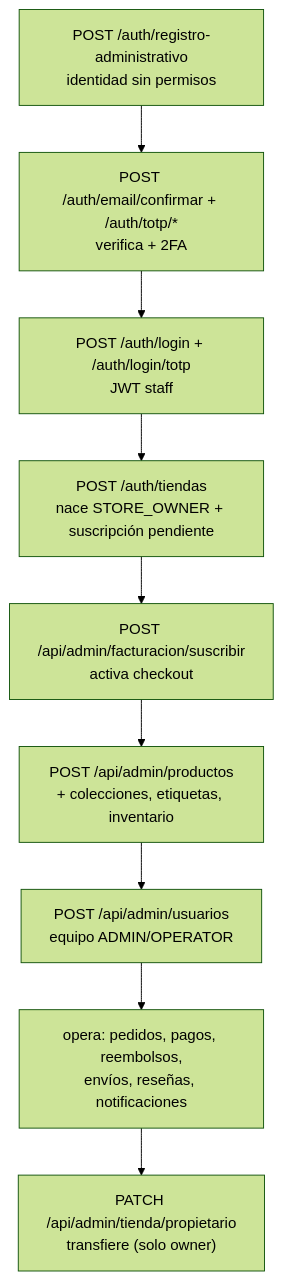
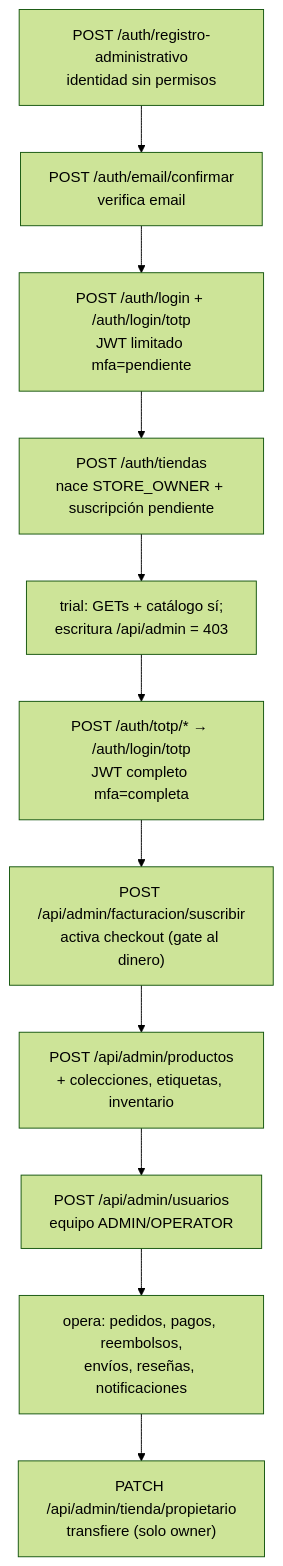
One commit to LeandroPacsiM/shopify-backend changed the first of 4 diagrams in diagramas/13-flujos-por-rol.md. Above: the diagram before and after it, drawn with Mermaid (forest theme). The commit also changed other lines of this file and 11 other files, not shown here.

````diff
--- a/diagramas/13-flujos-por-rol.md
+++ b/diagramas/13-flujos-por-rol.md
@@ -8,12 +8,14 @@
 ```mermaid
 flowchart TD
     R["POST /auth/registro-administrativo<br/>identidad sin permisos"]
-    R --> V["POST /auth/email/confirmar + /auth/totp/*<br/>verifica + 2FA"]
-    V --> L["POST /auth/login + /auth/login/totp<br/>JWT staff"]
+    R --> V["POST /auth/email/confirmar<br/>verifica email"]
+    V --> L["POST /auth/login + /auth/login/totp<br/>JWT limitado mfa=pendiente"]
     L --> T["POST /auth/tiendas<br/>nace STORE_OWNER + suscripción pendiente"]
-    T --> F["POST /api/admin/facturacion/suscribir<br/>activa checkout"]
+    T --> Q["trial: GETs + catálogo sí;<br/>escritura /api/admin = 403"]
+    Q --> W["POST /auth/totp/* → /auth/login/totp<br/>JWT completo mfa=completa"]
+    W --> F["POST /api/admin/facturacion/suscribir<br/>activa checkout (gate al dinero)"]
     F --> C["POST /api/admin/productos<br/>+ colecciones, etiquetas, inventario"]
     C --> E["POST /api/admin/usuarios<br/>equipo ADMIN/OPERATOR"]
     E --> O["opera: pedidos, pagos, reembolsos,<br/>envíos, reseñas, notificaciones"]
     O --> X["PATCH /api/admin/tienda/propietario<br/>transfiere (solo owner)"]
 ```
````
